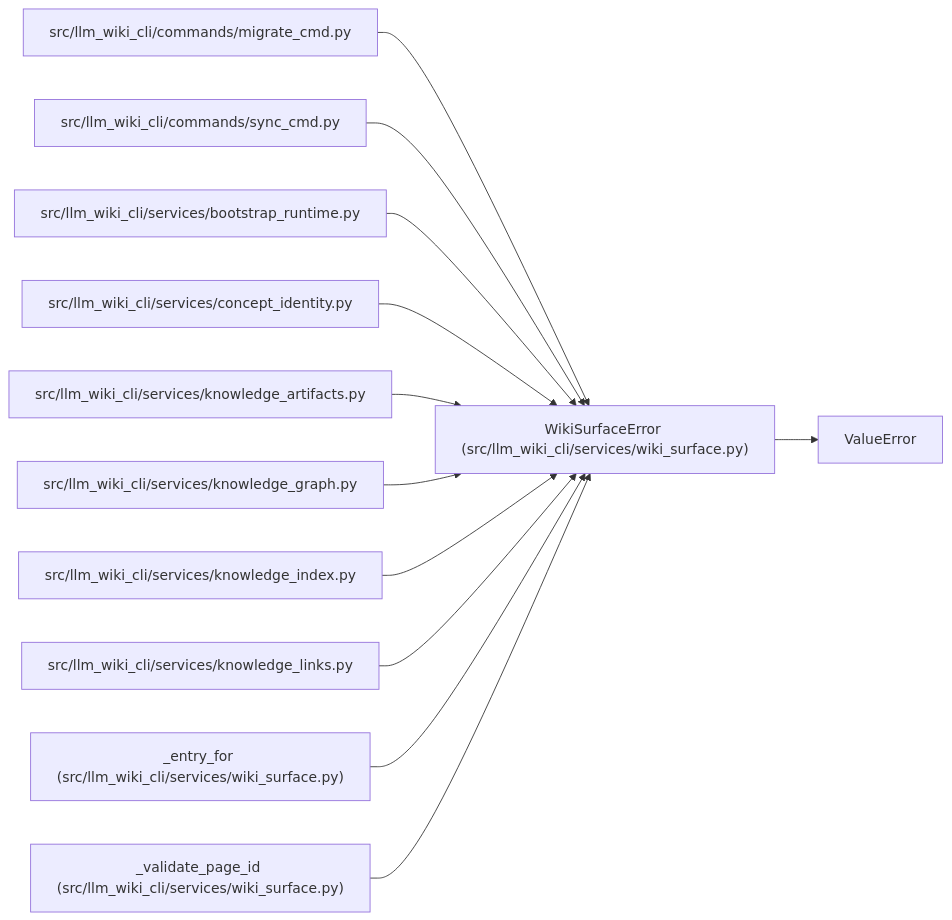
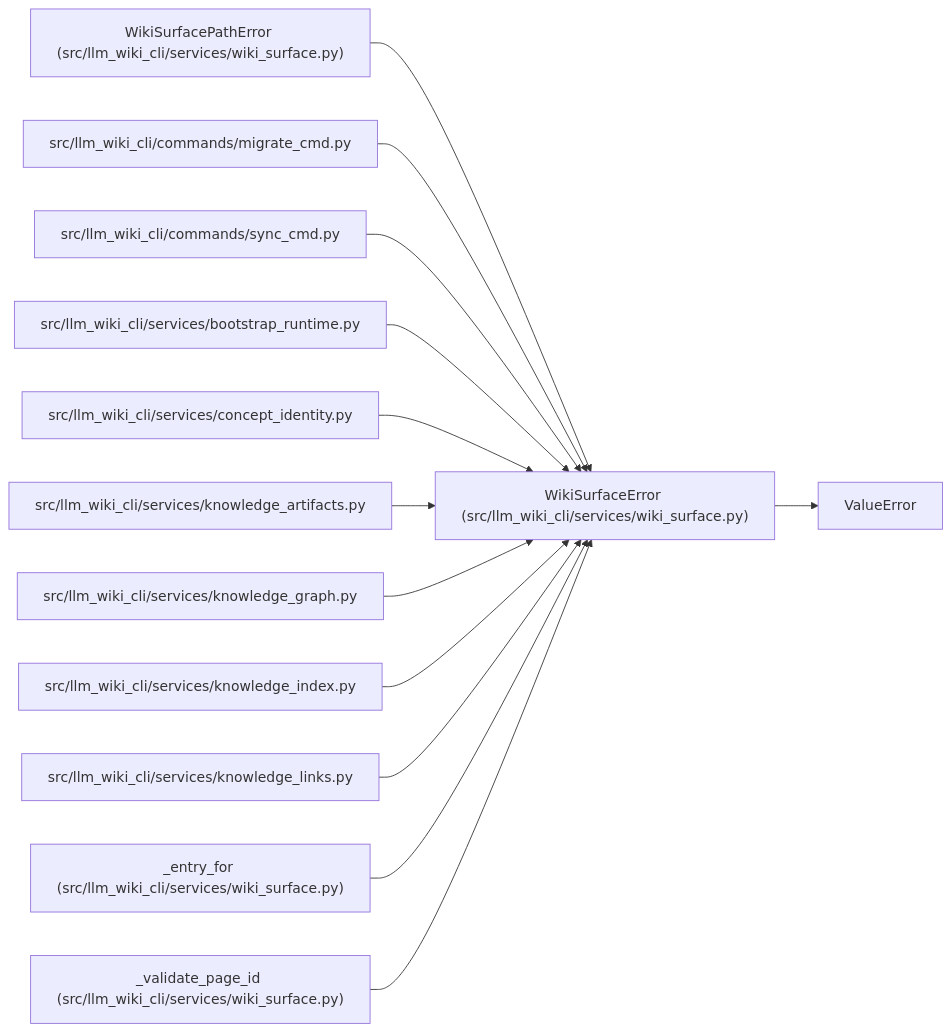
The diagram in docs/llm_wiki/entities/WikiSurfaceError.md (Denissvgn/python-wiki-llm), drawn with Mermaid before and after one commit. The commit also changed other lines of this file and 364 other files, not shown here.

````diff
--- a/docs/llm_wiki/entities/WikiSurfaceError.md
+++ b/docs/llm_wiki/entities/WikiSurfaceError.md
@@ -23,37 +23,40 @@
 ```mermaid
 flowchart LR
     n0["WikiSurfaceError (src/llm_wiki_cli/services/wiki_surface.py)"]
     n1["ValueError"]
-    n2["src/llm_wiki_cli/commands/migrate_cmd.py"]
-    n3["src/llm_wiki_cli/commands/sync_cmd.py"]
-    n4["src/llm_wiki_cli/services/bootstrap_runtime.py"]
-    n5["src/llm_wiki_cli/services/concept_identity.py"]
-    n6["src/llm_wiki_cli/services/knowledge_artifacts.py"]
-    n7["src/llm_wiki_cli/services/knowledge_graph.py"]
-    n8["src/llm_wiki_cli/services/knowledge_index.py"]
-    n9["src/llm_wiki_cli/services/knowledge_links.py"]
-    n10["_entry_for (src/llm_wiki_cli/services/wiki_surface.py)"]
-    n11["_validate_page_id (src/llm_wiki_cli/services/wiki_surface.py)"]
+    n2["WikiSurfacePathError (src/llm_wiki_cli/services/wiki_surface.py)"]
+    n3["src/llm_wiki_cli/commands/migrate_cmd.py"]
+    n4["src/llm_wiki_cli/commands/sync_cmd.py"]
+    n5["src/llm_wiki_cli/services/bootstrap_runtime.py"]
+    n6["src/llm_wiki_cli/services/concept_identity.py"]
+    n7["src/llm_wiki_cli/services/knowledge_artifacts.py"]
+    n8["src/llm_wiki_cli/services/knowledge_graph.py"]
+    n9["src/llm_wiki_cli/services/knowledge_index.py"]
+    n10["src/llm_wiki_cli/services/knowledge_links.py"]
+    n11["_entry_for (src/llm_wiki_cli/services/wiki_surface.py)"]
+    n12["_validate_page_id (src/llm_wiki_cli/services/wiki_surface.py)"]
     n0 --> n1
     n2 --> n0
     n3 --> n0
     n4 --> n0
     n5 --> n0
     n6 --> n0
     n7 --> n0
     n8 --> n0
     n9 --> n0
     n10 --> n0
     n11 --> n0
+    n12 --> n0
     click n0 "../modules/wiki_surface.md"
-    click n2 "../modules/migrate_cmd.md"
-    click n3 "../modules/sync_cmd.md"
-    click n4 "../modules/bootstrap_runtime.md"
-    click n5 "../modules/concept_identity.md"
-    click n6 "../modules/knowledge_artifacts.md"
-    click n7 "../modules/knowledge_graph.md"
-    click n8 "../modules/knowledge_index.md"
-    click n9 "../modules/knowledge_links.md"
-    click n10 "../modules/wiki_surface.md"
+    click n2 "../modules/wiki_surface.md"
+    click n3 "../modules/migrate_cmd.md"
+    click n4 "../modules/sync_cmd.md"
+    click n5 "../modules/bootstrap_runtime.md"
+    click n6 "../modules/concept_identity.md"
+    click n7 "../modules/knowledge_artifacts.md"
+    click n8 "../modules/knowledge_graph.md"
+    click n9 "../modules/knowledge_index.md"
+    click n10 "../modules/knowledge_links.md"
     click n11 "../modules/wiki_surface.md"
+    click n12 "../modules/wiki_surface.md"
 ```
````
